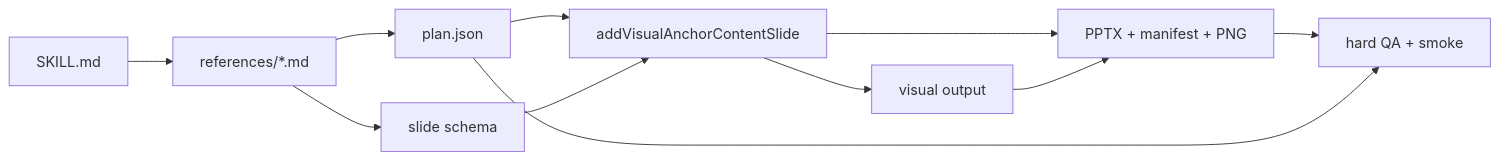
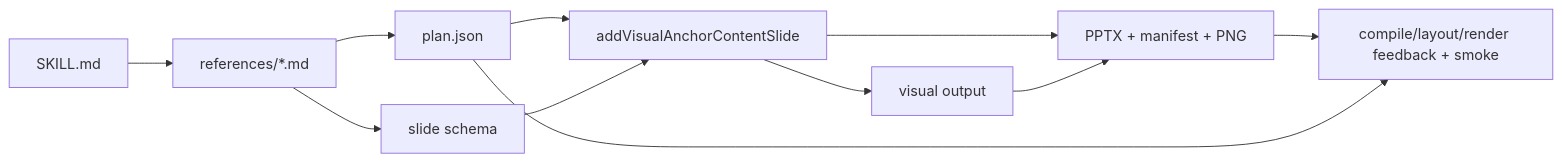
The first of 3 diagrams in docs/architecture_design.md (MozhiJiawei/hw-ppt-gen), drawn with Mermaid before and after one commit. The commit also changed other lines of this file and 69 other files, not shown here.

````diff
--- a/docs/architecture_design.md
+++ b/docs/architecture_design.md
@@ -91,22 +91,22 @@
 ```mermaid
 flowchart LR
   skill["SKILL.md"]
   refs["references/*.md"]
   plan["plan.json"]
   schema["slide schema"]
   compose["addVisualAnchorContentSlide"]
   render["visual output"]
   artifacts["PPTX + manifest + PNG"]
-  qa["hard QA + smoke"]
+  verify["compile/layout/render feedback + smoke"]
 
   skill --> refs
   refs --> plan
   refs --> schema
   plan --> compose
   schema --> compose
   compose --> render
   compose --> artifacts
   render --> artifacts
-  artifacts --> qa
-  plan --> qa
+  artifacts --> verify
+  plan --> verify
 ```
````
